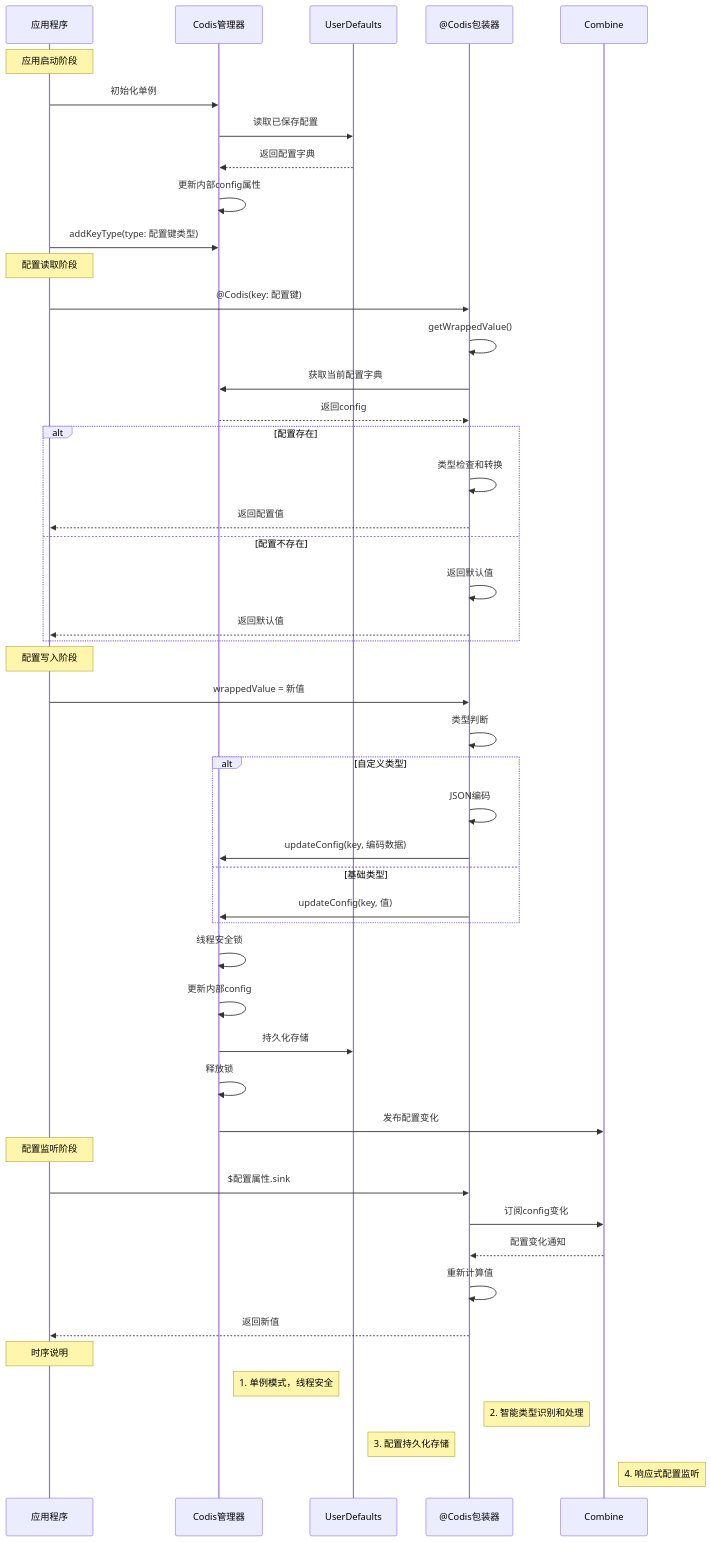
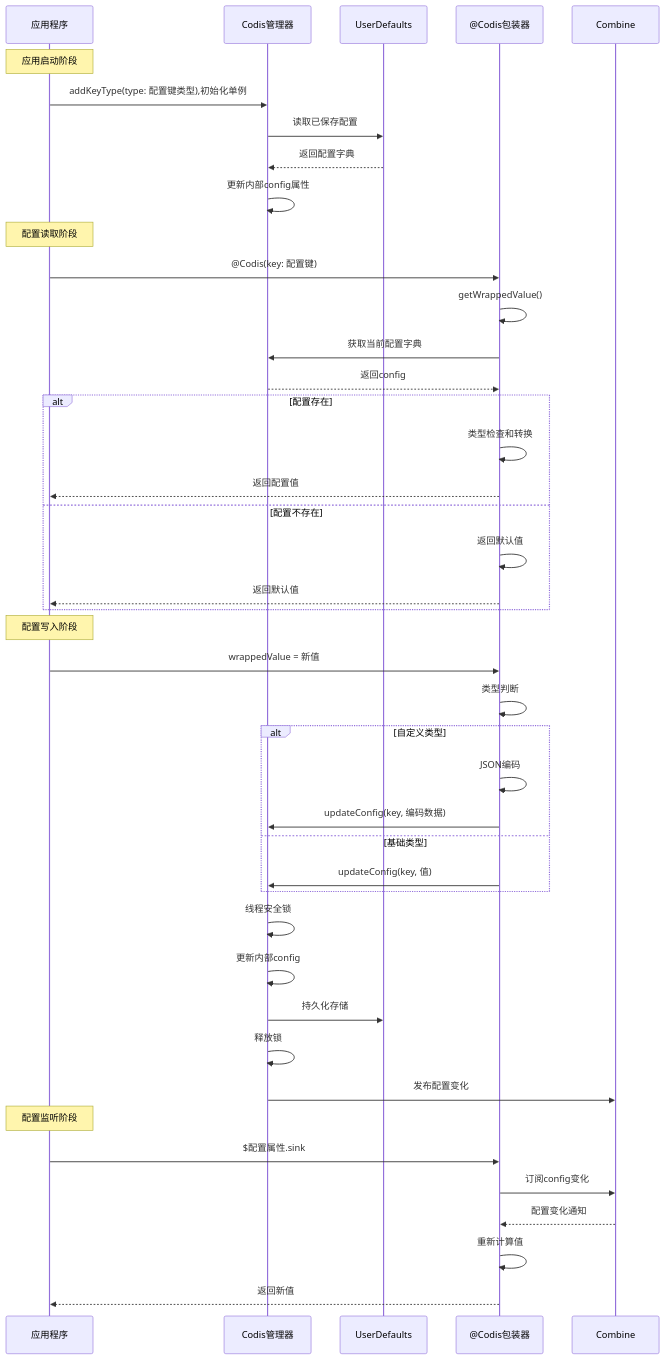
The diagram in README.md (LinHXiang/codis), drawn with Mermaid before and after one commit. The commit also changed other lines of this file, not shown here.

````diff
--- a/README.md
+++ b/README.md
@@ -7,59 +34,53 @@
 ```mermaid
 sequenceDiagram
     participant App as 应用程序
     participant CodisManager as Codis管理器
     participant UserDefaults as UserDefaults
     participant PropertyWrapper as @Codis包装器
     participant Combine as Combine
 
     Note over App: 应用启动阶段
-    App->>CodisManager: 初始化单例
+    App->>CodisManager: addKeyType(type: 配置键类型),初始化单例
     CodisManager->>UserDefaults: 读取已保存配置
     UserDefaults-->>CodisManager: 返回配置字典
     CodisManager->>CodisManager: 更新内部config属性
-    App->>CodisManager: addKeyType(type: 配置键类型)
 
     Note over App: 配置读取阶段
     App->>PropertyWrapper: @Codis(key: 配置键)
     PropertyWrapper->>PropertyWrapper: getWrappedValue()
     PropertyWrapper->>CodisManager: 获取当前配置字典
     CodisManager-->>PropertyWrapper: 返回config
 
     alt 配置存在
         PropertyWrapper->>PropertyWrapper: 类型检查和转换
         PropertyWrapper-->>App: 返回配置值
     else 配置不存在
         PropertyWrapper->>PropertyWrapper: 返回默认值
         PropertyWrapper-->>App: 返回默认值
     end
 
     Note over App: 配置写入阶段
     App->>PropertyWrapper: wrappedValue = 新值
     PropertyWrapper->>PropertyWrapper: 类型判断
 
     alt 自定义类型
         PropertyWrapper->>PropertyWrapper: JSON编码
         PropertyWrapper->>CodisManager: updateConfig(key, 编码数据)
     else 基础类型
         PropertyWrapper->>CodisManager: updateConfig(key, 值)
     end
 
     CodisManager->>CodisManager: 线程安全锁
     CodisManager->>CodisManager: 更新内部config
     CodisManager->>UserDefaults: 持久化存储
     CodisManager->>CodisManager: 释放锁
     CodisManager->>Combine: 发布配置变化
 
     Note over App: 配置监听阶段
     App->>PropertyWrapper: $配置属性.sink
     PropertyWrapper->>Combine: 订阅config变化
     Combine-->>PropertyWrapper: 配置变化通知
     PropertyWrapper->>PropertyWrapper: 重新计算值
     PropertyWrapper-->>App: 返回新值
 
-    Note over App: 时序说明
-    Note right of CodisManager: 1. 单例模式，线程安全
-    Note right of PropertyWrapper: 2. 智能类型识别和处理
-    Note right of UserDefaults: 3. 配置持久化存储
-    Note right of Combine: 4. 响应式配置监听
 ```
````
